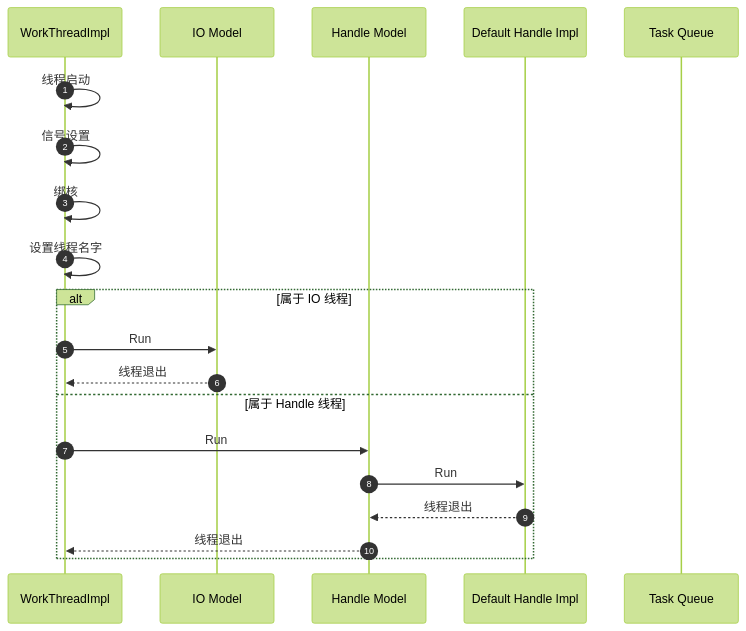
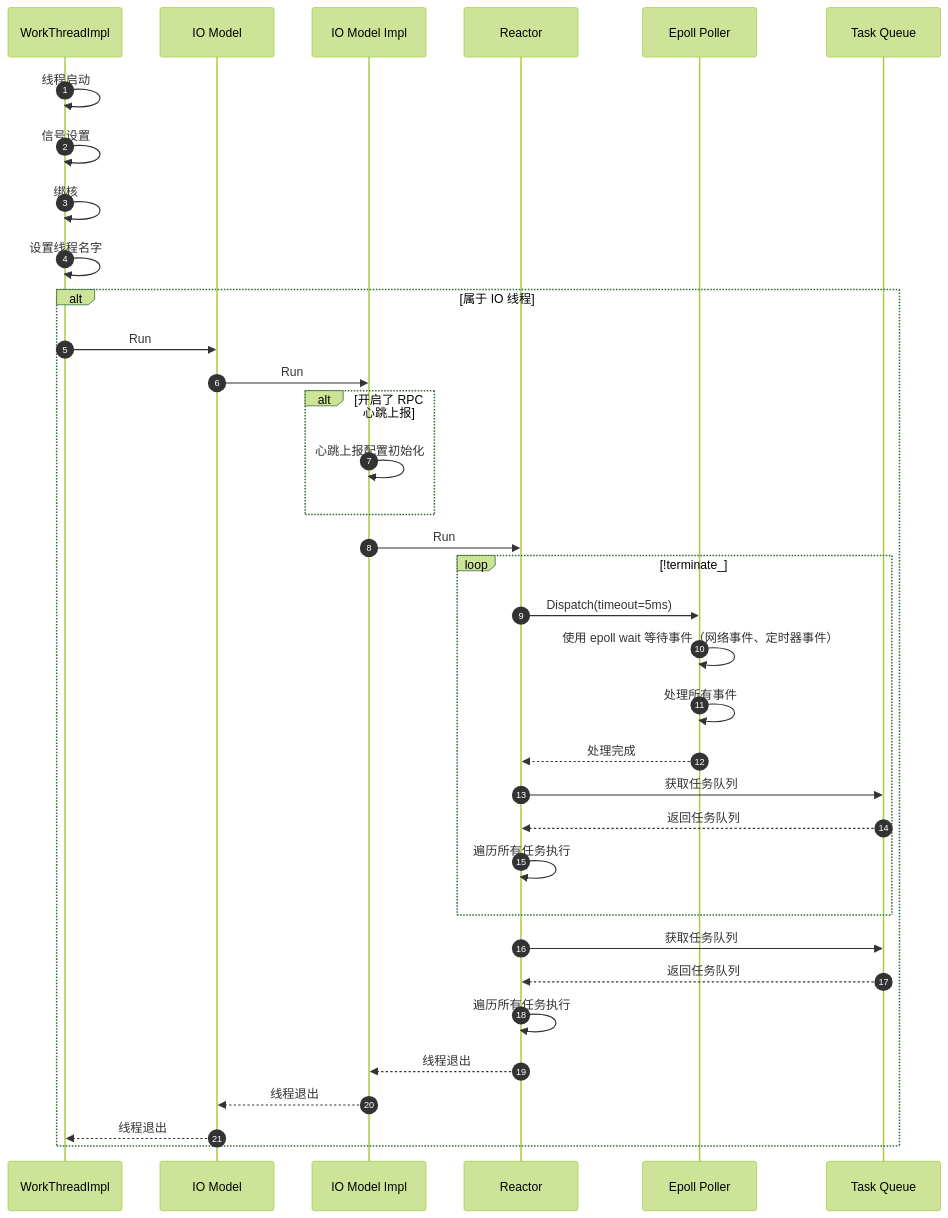
One commit to lsj9383/blog changed the fourth of 6 diagrams in posts/xrpc/xrpc-thread-model/readme.md. Above: the diagram before and after it, drawn with Mermaid (forest theme). The commit also changed other lines of this file and 1 other file, not shown here.

````diff
--- a/posts/xrpc/xrpc-thread-model/readme.md
+++ b/posts/xrpc/xrpc-thread-model/readme.md
@@ -249,28 +251,48 @@
 ```mermaid
 sequenceDiagram
 autonumber
 
 participant work_thread_impl as WorkThreadImpl
 participant io_model as IO Model
-participant handle_model as Handle Model
-participant handle_impl as Default Handle Impl
+participant io_model_impl as IO Model Impl
+participant reactor as Reactor
+participant poller as Epoll Poller
 participant task_queue as Task Queue
 
 work_thread_impl ->> work_thread_impl: 线程启动
 
 work_thread_impl ->> work_thread_impl: 信号设置
 
 work_thread_impl ->> work_thread_impl: 绑核
 
 work_thread_impl ->> work_thread_impl: 设置线程名字
 
 alt 属于 IO 线程
-work_thread_impl ->> io_model: Run
-io_model -->> work_thread_impl: 线程退出
-else 属于 Handle 线程
-work_thread_impl ->> handle_model: Run
-handle_model ->> handle_impl: Run
-handle_impl -->> handle_model: 线程退出
-handle_model -->> work_thread_impl: 线程退出
+    work_thread_impl ->> io_model: Run
+    io_model ->> io_model_impl: Run
+
+    alt 开启了 RPC 心跳上报
+        io_model_impl ->> io_model_impl: 心跳上报配置初始化
+    end
+    io_model_impl ->> reactor: Run
+
+    loop !terminate_
+        reactor ->> poller: Dispatch(timeout=5ms)
+        poller ->> poller: 使用 epoll wait 等待事件（网络事件、定时器事件）
+        poller ->> poller: 处理所有事件
+        poller -->> reactor: 处理完成
+
+        reactor ->> task_queue: 获取任务队列
+        task_queue -->> reactor: 返回任务队列
+        reactor ->> reactor: 遍历所有任务执行
+    end
+
+    reactor ->> task_queue: 获取任务队列
+    task_queue -->> reactor: 返回任务队列
+    reactor ->> reactor: 遍历所有任务执行
+
+    reactor -->> io_model_impl: 线程退出
+    io_model_impl -->> io_model: 线程退出
+    io_model -->> work_thread_impl: 线程退出
 end
 ```
````
